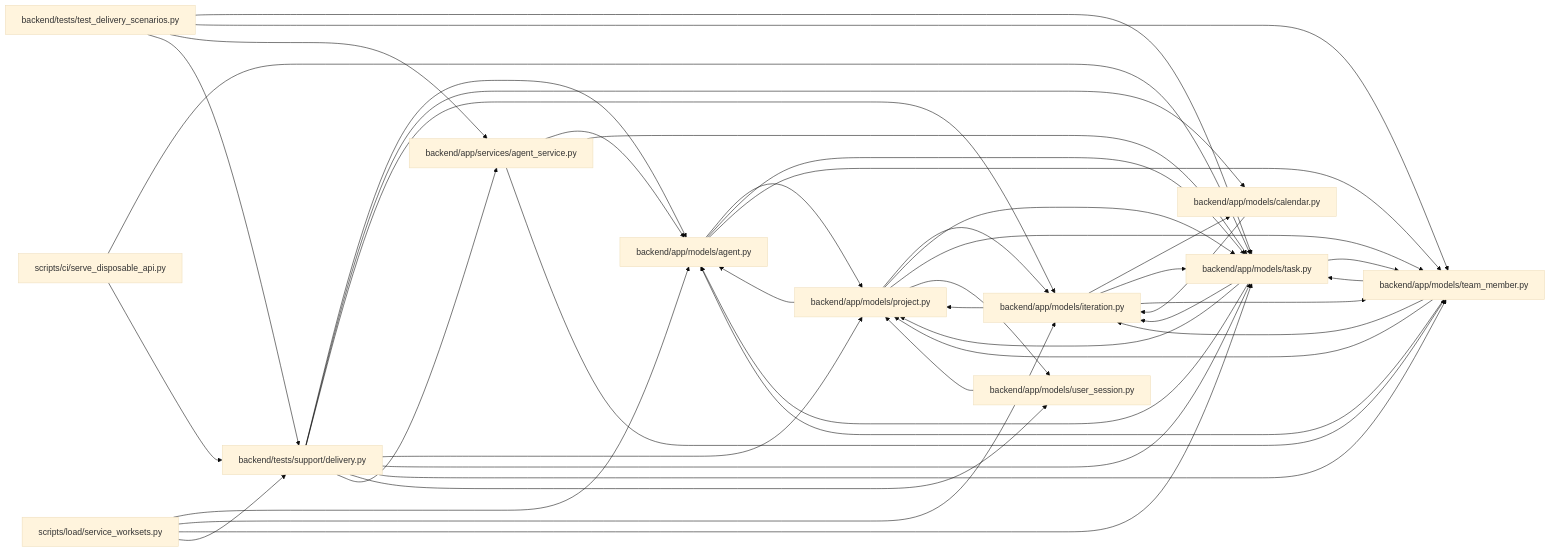
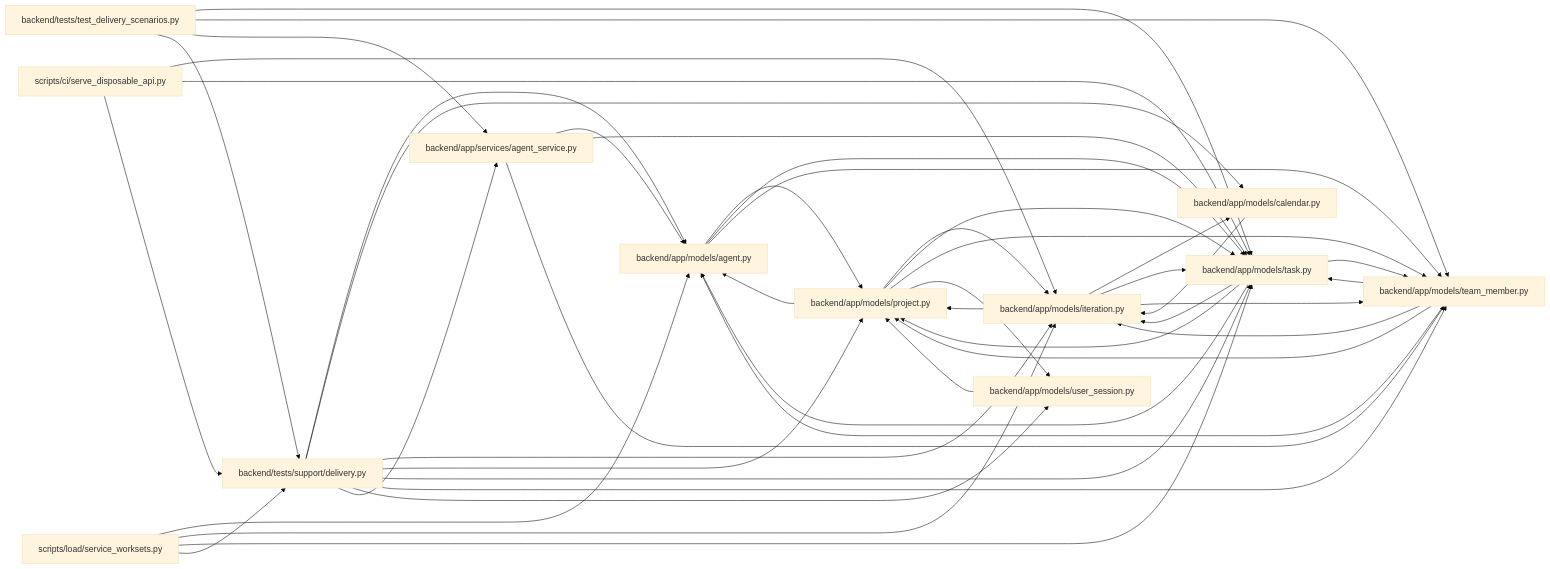
Before and after one commit to Denissvgn/WorkChord: the diagram in docs/llm_wiki/modules/delivery.md, drawn with Mermaid (base theme). The commit also changed 10148 other files, not shown here.

````diff
--- a/docs/llm_wiki/modules/delivery.md
+++ b/docs/llm_wiki/modules/delivery.md
@@ -28,70 +28,71 @@
 ```mermaid
 flowchart LR
     n0["backend/app/models/agent.py"]
     n1["backend/app/models/calendar.py"]
     n2["backend/app/models/iteration.py"]
     n3["backend/app/models/project.py"]
     n4["backend/app/models/task.py"]
     n5["backend/app/models/team_member.py"]
     n6["backend/app/models/user_session.py"]
     n7["backend/app/services/agent_service.py"]
     n8["backend/tests/support/delivery.py"]
     n9["backend/tests/test_delivery_scenarios.py"]
     n10["scripts/ci/serve_disposable_api.py"]
     n11["scripts/load/service_worksets.py"]
     n0 --> n3
     n0 --> n4
     n0 --> n5
     n1 --> n2
     n2 --> n1
     n2 --> n3
     n2 --> n4
     n2 --> n5
     n3 --> n0
     n3 --> n2
     n3 --> n4
     n3 --> n5
     n3 --> n6
     n4 --> n0
     n4 --> n2
     n4 --> n3
     n4 --> n5
     n5 --> n0
     n5 --> n2
     n5 --> n3
     n5 --> n4
     n6 --> n3
     n7 --> n0
     n7 --> n4
     n7 --> n5
     n8 --> n0
     n8 --> n1
     n8 --> n2
     n8 --> n3
     n8 --> n4
     n8 --> n5
     n8 --> n6
     n8 --> n7
     n9 --> n4
     n9 --> n5
     n9 --> n7
     n9 --> n8
+    n10 --> n2
     n10 --> n4
     n10 --> n8
     n11 --> n0
     n11 --> n2
     n11 --> n4
     n11 --> n8
     click n0 "../modules/models_agent.md"
     click n1 "../modules/models_calendar.md"
     click n2 "../modules/models_iteration.md"
     click n3 "../modules/models_project.md"
     click n4 "../modules/models_task.md"
     click n5 "../modules/team_member.md"
     click n6 "../modules/user_session.md"
     click n7 "../modules/agent_service.md"
     click n8 "../modules/delivery.md"
     click n9 "../modules/test_delivery_scenarios.md"
     click n10 "../modules/serve_disposable_api.md"
     click n11 "../modules/service_worksets.md"
 ```
````
